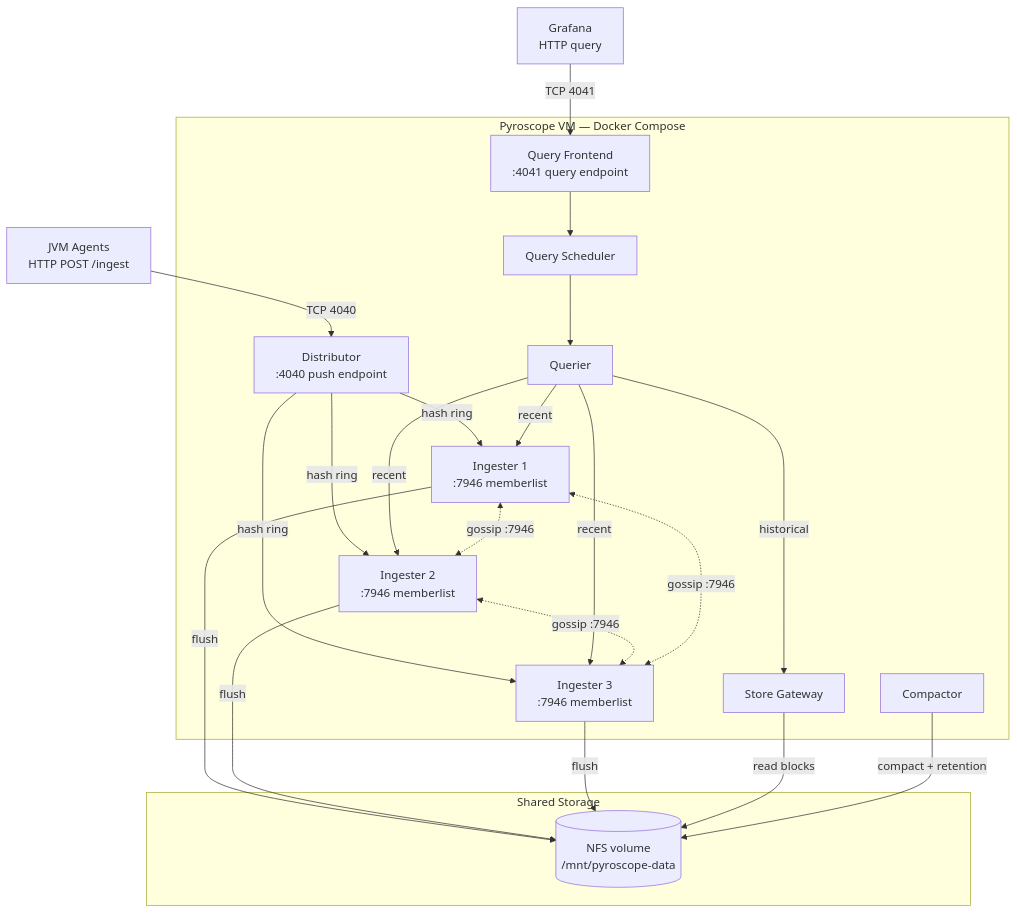
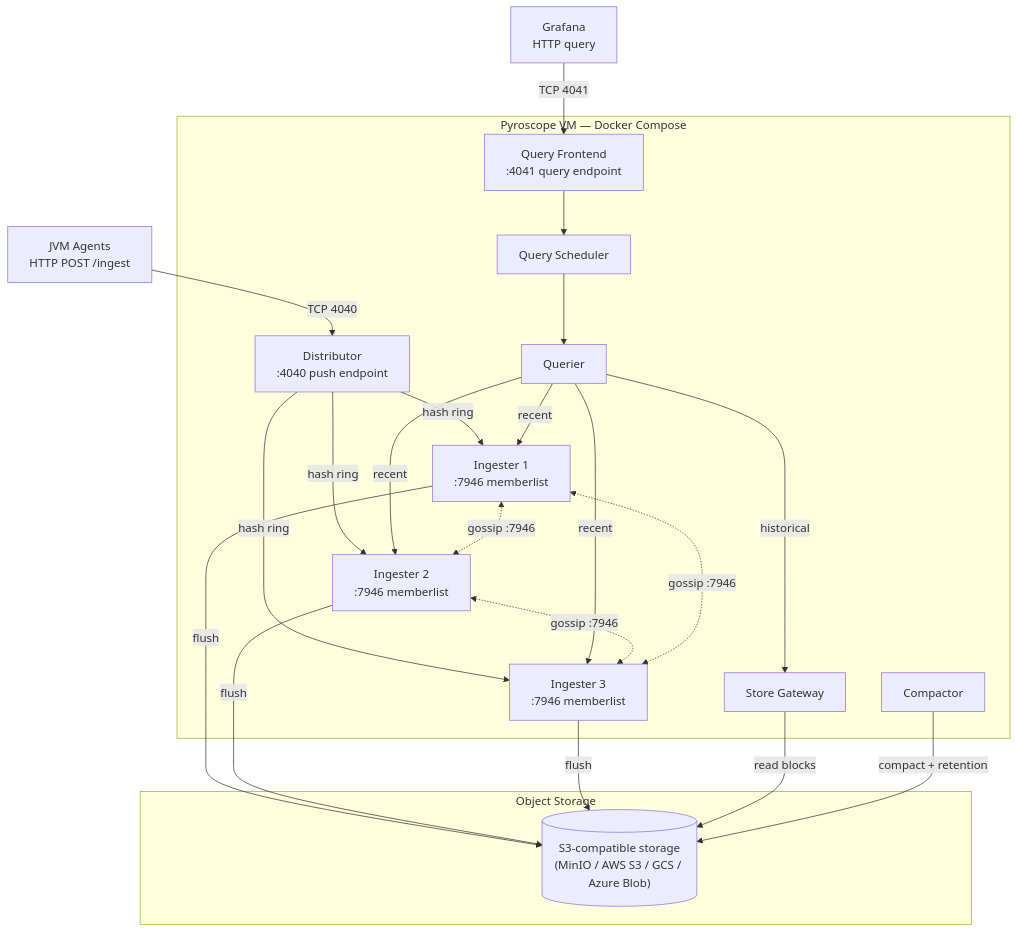
The fifth of 11 diagrams in docs/architecture.md (aff0gat000/pyroscope), drawn with Mermaid before and after one commit. The commit also changed other lines of this file and 13 other files, not shown here.

First line of the commit message:
Fix enterprise docs: anchors, retention, NFS→S3, dead links, component counts

````diff
--- a/docs/architecture.md
+++ b/docs/architecture.md
@@ -337,44 +337,44 @@
 ```mermaid
 graph TB
     Agent["JVM Agents<br/>HTTP POST /ingest"]
     Grafana["Grafana<br/>HTTP query"]
 
     subgraph "Pyroscope VM — Docker Compose"
         DIST["Distributor<br/>:4040 push endpoint"]
         ING1["Ingester 1<br/>:7946 memberlist"]
         ING2["Ingester 2<br/>:7946 memberlist"]
         ING3["Ingester 3<br/>:7946 memberlist"]
         QF["Query Frontend<br/>:4041 query endpoint"]
         QS["Query Scheduler"]
         Q["Querier"]
         SG["Store Gateway"]
         C["Compactor"]
 
         DIST -->|"hash ring"| ING1
         DIST -->|"hash ring"| ING2
         DIST -->|"hash ring"| ING3
 
         QF --> QS --> Q
         Q -->|"recent"| ING1
         Q -->|"recent"| ING2
         Q -->|"recent"| ING3
         Q -->|"historical"| SG
 
         ING1 <-.->|"gossip :7946"| ING2
         ING2 <-.->|"gossip :7946"| ING3
         ING3 <-.->|"gossip :7946"| ING1
     end
 
-    subgraph "Shared Storage"
-        NFS[("NFS volume<br/>/mnt/pyroscope-data")]
+    subgraph "Object Storage"
+        S3[("S3-compatible storage<br/>(MinIO / AWS S3 / GCS / Azure Blob)")]
     end
 
     Agent -->|"TCP 4040"| DIST
     Grafana -->|"TCP 4041"| QF
 
-    ING1 -->|"flush"| NFS
-    ING2 -->|"flush"| NFS
-    ING3 -->|"flush"| NFS
-    SG -->|"read blocks"| NFS
-    C -->|"compact + retention"| NFS
+    ING1 -->|"flush"| S3
+    ING2 -->|"flush"| S3
+    ING3 -->|"flush"| S3
+    SG -->|"read blocks"| S3
+    C -->|"compact + retention"| S3
 ```
````
